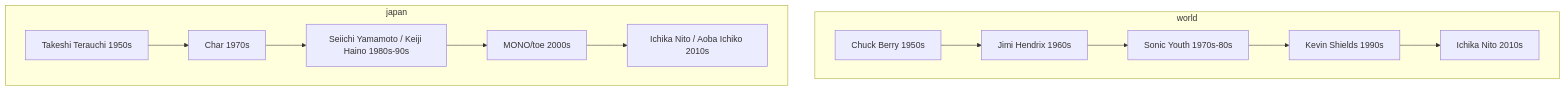
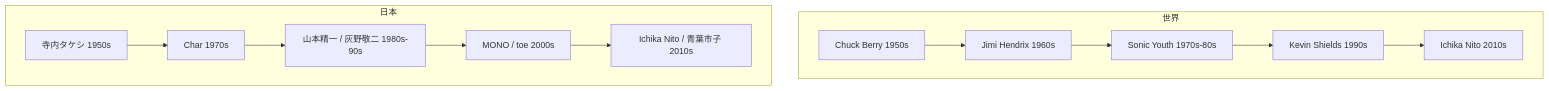
Before and after one commit to monumental-movement/monumental-movement.github.io: the diagram in en/_posts/2025-10-18-column-guitarists.md, drawn with Mermaid. The commit also changed other lines of this file and 1724 other files, not shown here.

```diff
--- a/en/_posts/2025-10-18-column-guitarists.md
+++ b/en/_posts/2025-10-18-column-guitarists.md
@@ -214,23 +212,23 @@
 <div class="mermaid">
 
 flowchart TD
-subgraph world
-A1950["Chuck Berry 1950s"]
-A1960["Jimi Hendrix 1960s"]
-A1970["Sonic Youth 1970s-80s"]
-A1980["Kevin Shields 1990s"]
-A1990["Ichika Nito 2010s"]
-end
+    subgraph 世界
+    A1950["Chuck Berry 1950s"]
+    A1960["Jimi Hendrix 1960s"]
+    A1970["Sonic Youth 1970s-80s"]
+    A1980["Kevin Shields 1990s"]
+    A1990["Ichika Nito 2010s"]
+    end
 
-subgraph japan
-J1950["Takeshi Terauchi 1950s"]
-J1960["Char 1970s"]
-J1970["Seiichi Yamamoto / Keiji Haino 1980s-90s"]
-J1980["MONO/toe 2000s"]
-J1990["Ichika Nito / Aoba Ichiko 2010s"]
-end
+    subgraph 日本
+    J1950["寺内タケシ 1950s"]
+    J1960["Char 1970s"]
+    J1970["山本精一 / 灰野敬二 1980s-90s"]
+    J1980["MONO / toe 2000s"]
+    J1990["Ichika Nito / 青葉市子 2010s"]
+    end
 
-A1950 --> A1960 --> A1970 --> A1980 --> A1990
-J1950 --> J1960 --> J1970 --> J1980 --> J1990
+    A1950 --> A1960 --> A1970 --> A1980 --> A1990
+    J1950 --> J1960 --> J1970 --> J1980 --> J1990
 
 </div>
```
